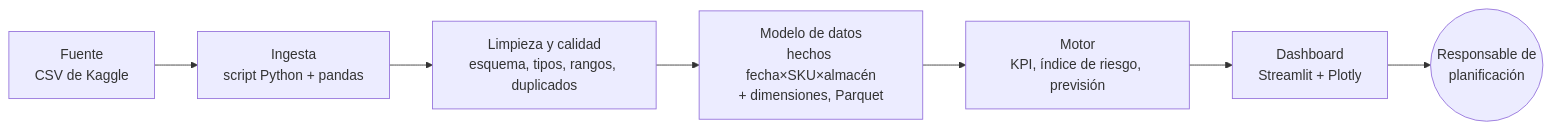
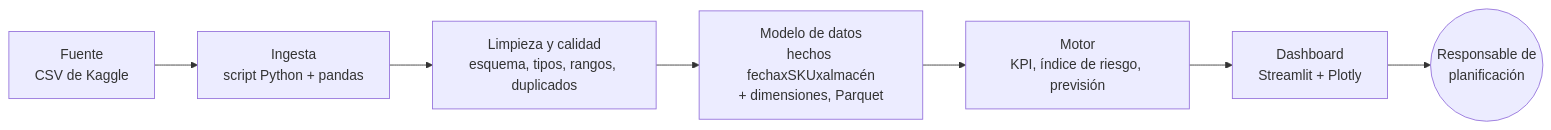
Before and after one commit to r4kn0s/Unit17: the diagram in project/project-brief.md, drawn with Mermaid. The commit also changed other lines of this file and 1 other file, not shown here.

````diff
--- a/project/project-brief.md
+++ b/project/project-brief.md
@@ -93,9 +107,9 @@
 ```mermaid
 flowchart LR
     A[Fuente<br/>CSV de Kaggle] --> B[Ingesta<br/>script Python + pandas]
     B --> C[Limpieza y calidad<br/>esquema, tipos, rangos, duplicados]
-    C --> D[Modelo de datos<br/>hechos fecha×SKU×almacén<br/>+ dimensiones, Parquet]
+    C --> D[Modelo de datos<br/>hechos fechaxSKUxalmacén<br/>+ dimensiones, Parquet]
     D --> E[Motor<br/>KPI, índice de riesgo, previsión]
     E --> F[Dashboard<br/>Streamlit + Plotly]
     F --> G((Responsable de<br/>planificación))
 ```
````
